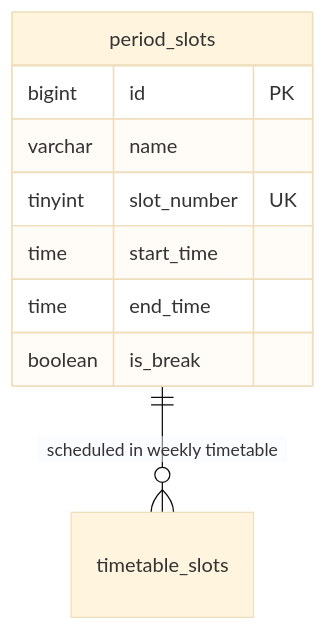
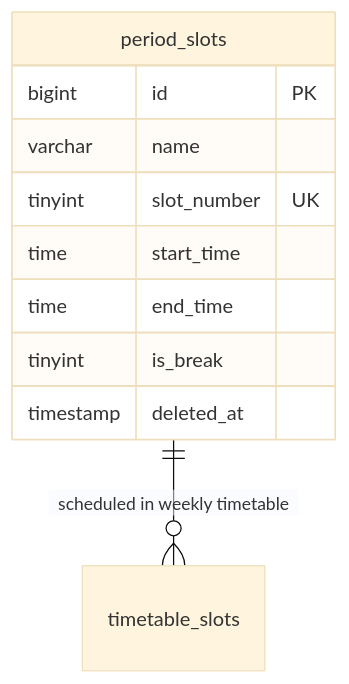
Before and after one commit to alalemusa98-ctrl/Taqniya-SMS: the diagram in MD/phases/phase_05_timetables_a/data.md, drawn with Mermaid (base theme). The commit also changed other lines of this file and 7 other files, not shown here.

````diff
--- a/MD/phases/phase_05_timetables_a/data.md
+++ b/MD/phases/phase_05_timetables_a/data.md
@@ -47,13 +50,14 @@
 ```mermaid
 erDiagram
     period_slots ||--o{ timetable_slots : "scheduled in weekly timetable"
 
     period_slots {
         bigint id PK
         varchar name
         tinyint slot_number UK
         time start_time
         time end_time
-        boolean is_break
+        tinyint is_break
+        timestamp deleted_at
     }
 ```
````
